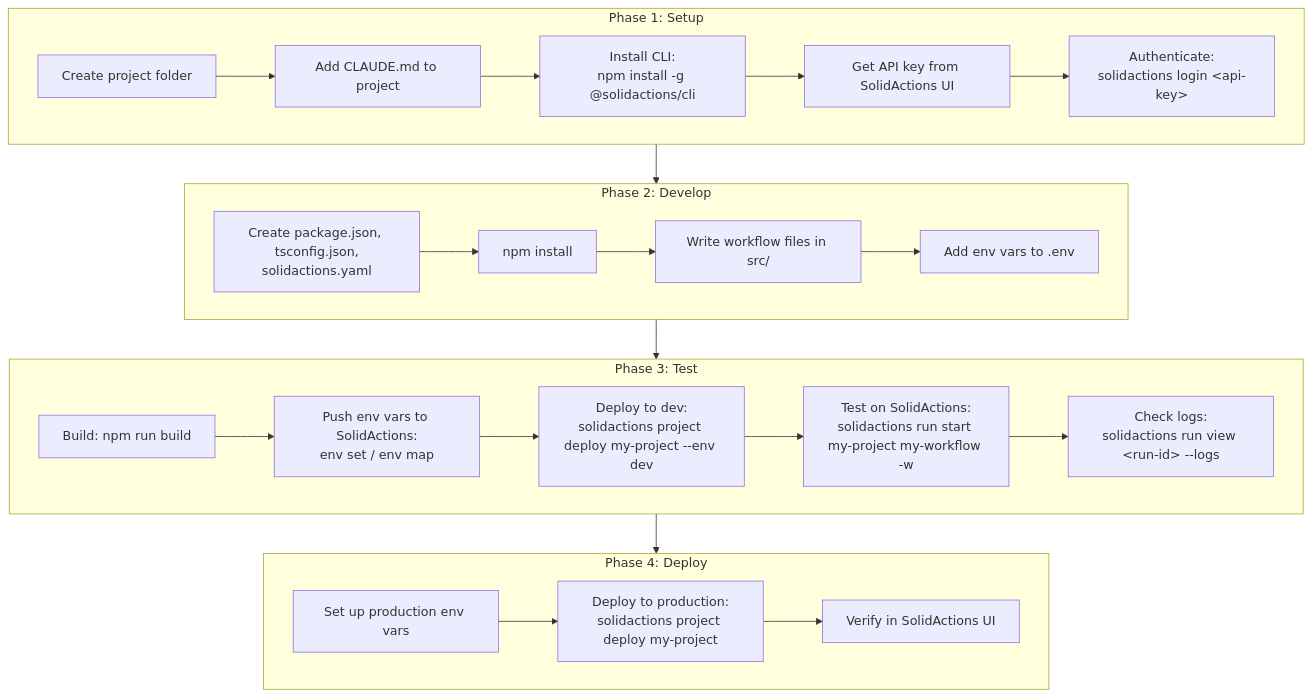
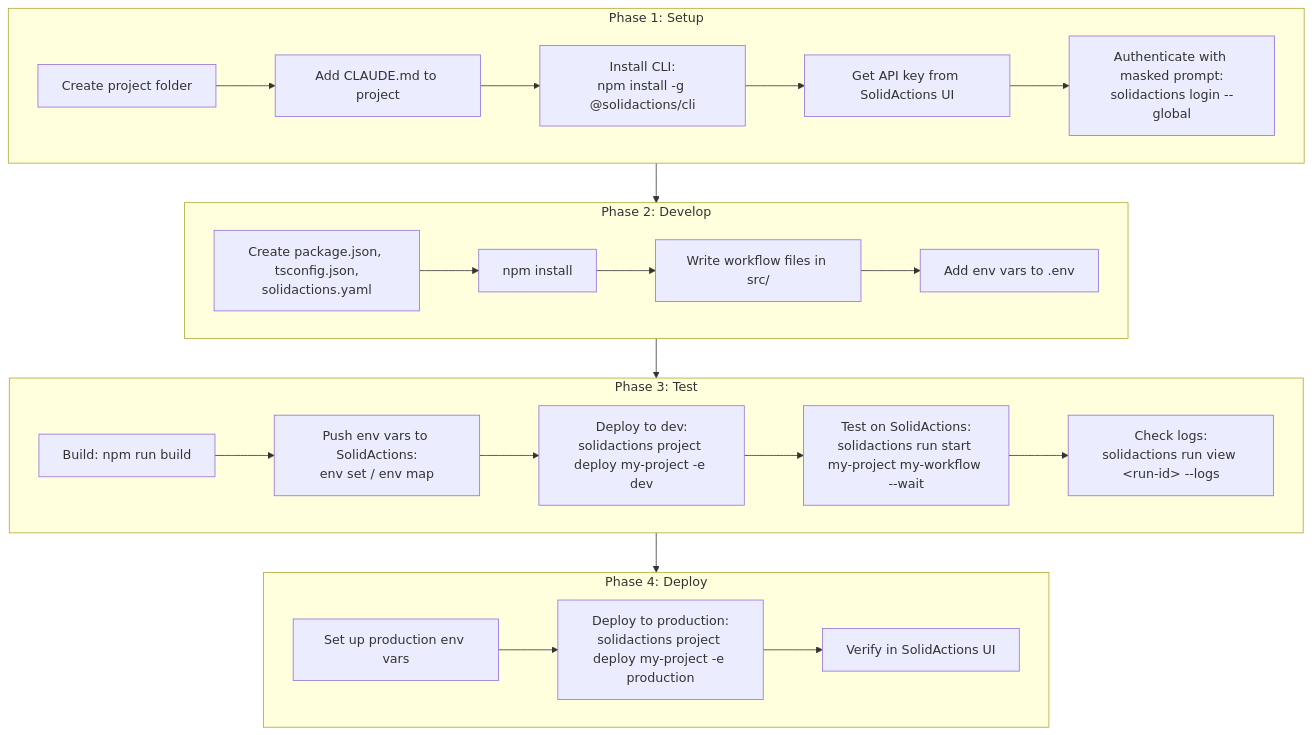
The diagram in workflow.md (SolidActions/solidactions-examples), drawn with Mermaid before and after one commit. The commit also changed other lines of this file and 26 other files, not shown here.

````diff
--- a/workflow.md
+++ b/workflow.md
@@ -5,31 +5,31 @@
 ```mermaid
 graph TD
     subgraph Setup["Phase 1: Setup"]
         S1[Create project folder] --> S2[Add CLAUDE.md to project]
         S2 --> S3["Install CLI:<br/>npm install -g @solidactions/cli"]
         S3 --> S4[Get API key from SolidActions UI]
-        S4 --> S5["Authenticate:<br/>solidactions login &lt;api-key&gt;"]
+        S4 --> S5["Authenticate with masked prompt:<br/>solidactions login --global"]
     end
 
     subgraph Develop["Phase 2: Develop"]
         D1["Create package.json, tsconfig.json,<br/>solidactions.yaml"] --> D2["npm install"]
         D2 --> D3["Write workflow files in src/"]
         D3 --> D4["Add env vars to .env"]
     end
 
     subgraph Test["Phase 3: Test"]
         T1["Build: npm run build"] --> T2["Push env vars to SolidActions:<br/>env set / env map"]
-        T2 --> T3["Deploy to dev:<br/>solidactions project deploy my-project --env dev"]
-        T3 --> T4["Test on SolidActions:<br/>solidactions run start my-project my-workflow -w"]
+        T2 --> T3["Deploy to dev:<br/>solidactions project deploy my-project -e dev"]
+        T3 --> T4["Test on SolidActions:<br/>solidactions run start my-project my-workflow --wait"]
         T4 --> T5["Check logs:<br/>solidactions run view &lt;run-id&gt; --logs"]
     end
 
     subgraph Deploy["Phase 4: Deploy"]
-        P1[Set up production env vars] --> P2["Deploy to production:<br/>solidactions project deploy my-project"]
+        P1[Set up production env vars] --> P2["Deploy to production:<br/>solidactions project deploy my-project -e production"]
         P2 --> P3[Verify in SolidActions UI]
     end
 
     Setup --> Develop
     Develop --> Test
     Test --> Deploy
 ```
````
